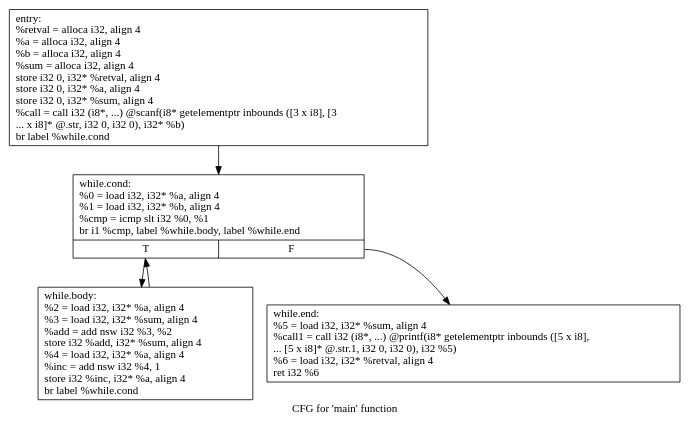
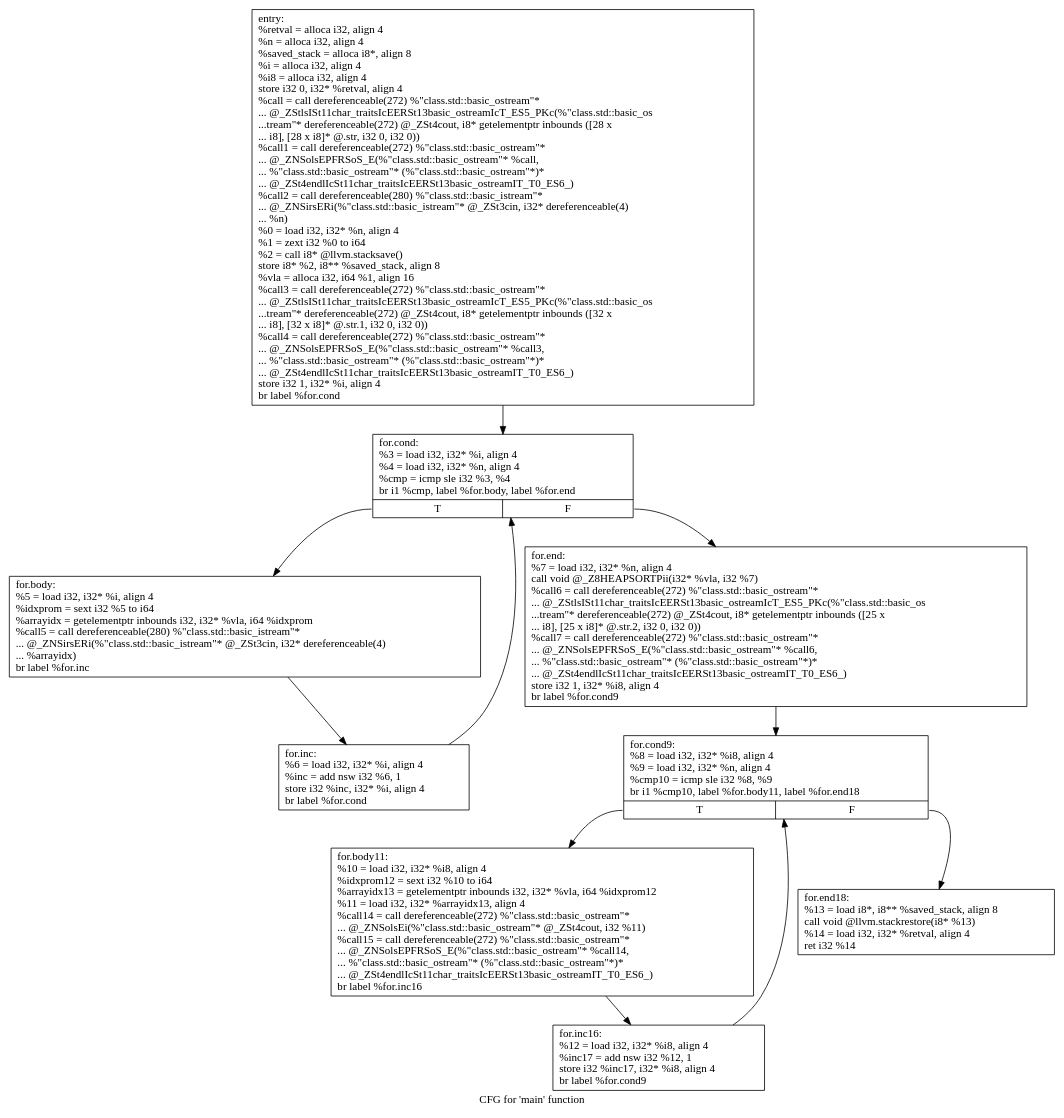
Before and after one commit to Chodabeen/cfg: the diagram in cfg.main.dot, drawn with Graphviz. The commit also changed 9 other files, not shown here.

```diff
--- a/cfg.main.dot
+++ b/cfg.main.dot
@@ -1,12 +1,23 @@
 digraph "CFG for 'main' function" {
 	label="CFG for 'main' function";
 
-	Node0x6b1c220 [shape=record,label="{entry:\l  %retval = alloca i32, align 4\l  %a = alloca i32, align 4\l  %b = alloca i32, align 4\l  %sum = alloca i32, align 4\l  store i32 0, i32* %retval, align 4\l  store i32 0, i32* %a, align 4\l  store i32 0, i32* %sum, align 4\l  %call = call i32 (i8*, ...) @scanf(i8* getelementptr inbounds ([3 x i8], [3\l... x i8]* @.str, i32 0, i32 0), i32* %b)\l  br label %while.cond\l}"];
-	Node0x6b1c220 -> Node0x6b1d1f0;
-	Node0x6b1d1f0 [shape=record,label="{while.cond:                                       \l  %0 = load i32, i32* %a, align 4\l  %1 = load i32, i32* %b, align 4\l  %cmp = icmp slt i32 %0, %1\l  br i1 %cmp, label %while.body, label %while.end\l|{<s0>T|<s1>F}}"];
-	Node0x6b1d1f0:s0 -> Node0x6b1d440;
-	Node0x6b1d1f0:s1 -> Node0x6b1d520;
-	Node0x6b1d440 [shape=record,label="{while.body:                                       \l  %2 = load i32, i32* %a, align 4\l  %3 = load i32, i32* %sum, align 4\l  %add = add nsw i32 %3, %2\l  store i32 %add, i32* %sum, align 4\l  %4 = load i32, i32* %a, align 4\l  %inc = add nsw i32 %4, 1\l  store i32 %inc, i32* %a, align 4\l  br label %while.cond\l}"];
-	Node0x6b1d440 -> Node0x6b1d1f0;
-	Node0x6b1d520 [shape=record,label="{while.end:                                        \l  %5 = load i32, i32* %sum, align 4\l  %call1 = call i32 (i8*, ...) @printf(i8* getelementptr inbounds ([5 x i8],\l... [5 x i8]* @.str.1, i32 0, i32 0), i32 %5)\l  %6 = load i32, i32* %retval, align 4\l  ret i32 %6\l}"];
+	Node0x6b3d1a0 [shape=record,label="{entry:\l  %retval = alloca i32, align 4\l  %n = alloca i32, align 4\l  %saved_stack = alloca i8*, align 8\l  %i = alloca i32, align 4\l  %i8 = alloca i32, align 4\l  store i32 0, i32* %retval, align 4\l  %call = call dereferenceable(272) %\"class.std::basic_ostream\"*\l... @_ZStlsISt11char_traitsIcEERSt13basic_ostreamIcT_ES5_PKc(%\"class.std::basic_os\l...tream\"* dereferenceable(272) @_ZSt4cout, i8* getelementptr inbounds ([28 x\l... i8], [28 x i8]* @.str, i32 0, i32 0))\l  %call1 = call dereferenceable(272) %\"class.std::basic_ostream\"*\l... @_ZNSolsEPFRSoS_E(%\"class.std::basic_ostream\"* %call,\l... %\"class.std::basic_ostream\"* (%\"class.std::basic_ostream\"*)*\l... @_ZSt4endlIcSt11char_traitsIcEERSt13basic_ostreamIT_T0_ES6_)\l  %call2 = call dereferenceable(280) %\"class.std::basic_istream\"*\l... @_ZNSirsERi(%\"class.std::basic_istream\"* @_ZSt3cin, i32* dereferenceable(4)\l... %n)\l  %0 = load i32, i32* %n, align 4\l  %1 = zext i32 %0 to i64\l  %2 = call i8* @llvm.stacksave()\l  store i8* %2, i8** %saved_stack, align 8\l  %vla = alloca i32, i64 %1, align 16\l  %call3 = call dereferenceable(272) %\"class.std::basic_ostream\"*\l... @_ZStlsISt11char_traitsIcEERSt13basic_ostreamIcT_ES5_PKc(%\"class.std::basic_os\l...tream\"* dereferenceable(272) @_ZSt4cout, i8* getelementptr inbounds ([32 x\l... i8], [32 x i8]* @.str.1, i32 0, i32 0))\l  %call4 = call dereferenceable(272) %\"class.std::basic_ostream\"*\l... @_ZNSolsEPFRSoS_E(%\"class.std::basic_ostream\"* %call3,\l... %\"class.std::basic_ostream\"* (%\"class.std::basic_ostream\"*)*\l... @_ZSt4endlIcSt11char_traitsIcEERSt13basic_ostreamIT_T0_ES6_)\l  store i32 1, i32* %i, align 4\l  br label %for.cond\l}"];
+	Node0x6b3d1a0 -> Node0x6b3f180;
+	Node0x6b3f180 [shape=record,label="{for.cond:                                         \l  %3 = load i32, i32* %i, align 4\l  %4 = load i32, i32* %n, align 4\l  %cmp = icmp sle i32 %3, %4\l  br i1 %cmp, label %for.body, label %for.end\l|{<s0>T|<s1>F}}"];
+	Node0x6b3f180:s0 -> Node0x6b3f490;
+	Node0x6b3f180:s1 -> Node0x6b3f540;
+	Node0x6b3f490 [shape=record,label="{for.body:                                         \l  %5 = load i32, i32* %i, align 4\l  %idxprom = sext i32 %5 to i64\l  %arrayidx = getelementptr inbounds i32, i32* %vla, i64 %idxprom\l  %call5 = call dereferenceable(280) %\"class.std::basic_istream\"*\l... @_ZNSirsERi(%\"class.std::basic_istream\"* @_ZSt3cin, i32* dereferenceable(4)\l... %arrayidx)\l  br label %for.inc\l}"];
+	Node0x6b3f490 -> Node0x6b3f8e0;
+	Node0x6b3f8e0 [shape=record,label="{for.inc:                                          \l  %6 = load i32, i32* %i, align 4\l  %inc = add nsw i32 %6, 1\l  store i32 %inc, i32* %i, align 4\l  br label %for.cond\l}"];
+	Node0x6b3f8e0 -> Node0x6b3f180;
+	Node0x6b3f540 [shape=record,label="{for.end:                                          \l  %7 = load i32, i32* %n, align 4\l  call void @_Z8HEAPSORTPii(i32* %vla, i32 %7)\l  %call6 = call dereferenceable(272) %\"class.std::basic_ostream\"*\l... @_ZStlsISt11char_traitsIcEERSt13basic_ostreamIcT_ES5_PKc(%\"class.std::basic_os\l...tream\"* dereferenceable(272) @_ZSt4cout, i8* getelementptr inbounds ([25 x\l... i8], [25 x i8]* @.str.2, i32 0, i32 0))\l  %call7 = call dereferenceable(272) %\"class.std::basic_ostream\"*\l... @_ZNSolsEPFRSoS_E(%\"class.std::basic_ostream\"* %call6,\l... %\"class.std::basic_ostream\"* (%\"class.std::basic_ostream\"*)*\l... @_ZSt4endlIcSt11char_traitsIcEERSt13basic_ostreamIT_T0_ES6_)\l  store i32 1, i32* %i8, align 4\l  br label %for.cond9\l}"];
+	Node0x6b3f540 -> Node0x6b3ffa0;
+	Node0x6b3ffa0 [shape=record,label="{for.cond9:                                        \l  %8 = load i32, i32* %i8, align 4\l  %9 = load i32, i32* %n, align 4\l  %cmp10 = icmp sle i32 %8, %9\l  br i1 %cmp10, label %for.body11, label %for.end18\l|{<s0>T|<s1>F}}"];
+	Node0x6b3ffa0:s0 -> Node0x6b3f3d0;
+	Node0x6b3ffa0:s1 -> Node0x6b3f260;
+	Node0x6b3f3d0 [shape=record,label="{for.body11:                                       \l  %10 = load i32, i32* %i8, align 4\l  %idxprom12 = sext i32 %10 to i64\l  %arrayidx13 = getelementptr inbounds i32, i32* %vla, i64 %idxprom12\l  %11 = load i32, i32* %arrayidx13, align 4\l  %call14 = call dereferenceable(272) %\"class.std::basic_ostream\"*\l... @_ZNSolsEi(%\"class.std::basic_ostream\"* @_ZSt4cout, i32 %11)\l  %call15 = call dereferenceable(272) %\"class.std::basic_ostream\"*\l... @_ZNSolsEPFRSoS_E(%\"class.std::basic_ostream\"* %call14,\l... %\"class.std::basic_ostream\"* (%\"class.std::basic_ostream\"*)*\l... @_ZSt4endlIcSt11char_traitsIcEERSt13basic_ostreamIT_T0_ES6_)\l  br label %for.inc16\l}"];
+	Node0x6b3f3d0 -> Node0x6b40af0;
+	Node0x6b40af0 [shape=record,label="{for.inc16:                                        \l  %12 = load i32, i32* %i8, align 4\l  %inc17 = add nsw i32 %12, 1\l  store i32 %inc17, i32* %i8, align 4\l  br label %for.cond9\l}"];
+	Node0x6b40af0 -> Node0x6b3ffa0;
+	Node0x6b3f260 [shape=record,label="{for.end18:                                        \l  %13 = load i8*, i8** %saved_stack, align 8\l  call void @llvm.stackrestore(i8* %13)\l  %14 = load i32, i32* %retval, align 4\l  ret i32 %14\l}"];
 }
```
